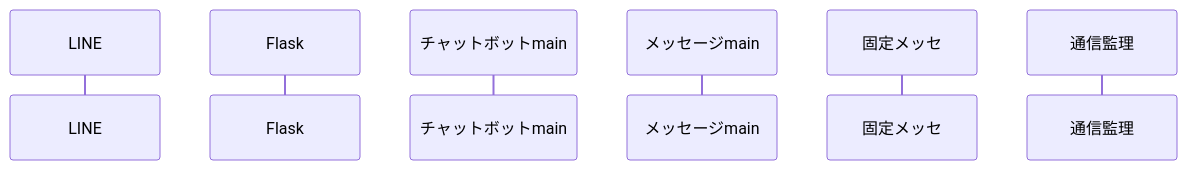
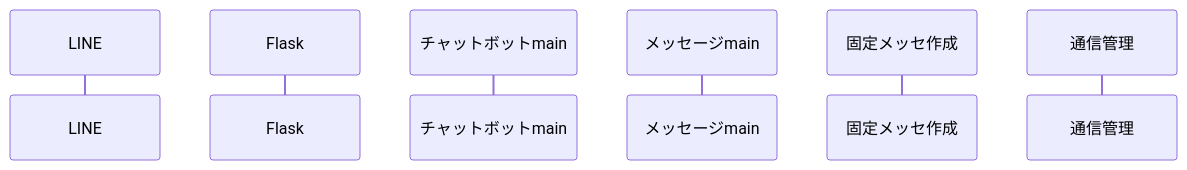
Before and after one commit to ryoono/girlfriend_bot: the first of 4 diagrams in InternalDesign/README.md, drawn with Mermaid. The commit also changed other lines of this file, not shown here.

Commit message:
シーケンス図の要素確定

````diff
--- a/InternalDesign/README.md
+++ b/InternalDesign/README.md
@@ -51,9 +51,9 @@
 ```mermaid
 sequenceDiagram
     participant LINE as LINE
     participant Flask as Flask
     participant chatbot_main as チャットボットmain
     participant message_main as メッセージmain
-    participant fix_message as 固定メッセ
-    participant terminal_mng as 通信監理
+    participant fix_message as 固定メッセ作成
+    participant terminal_mng as 通信管理
 ```
````
